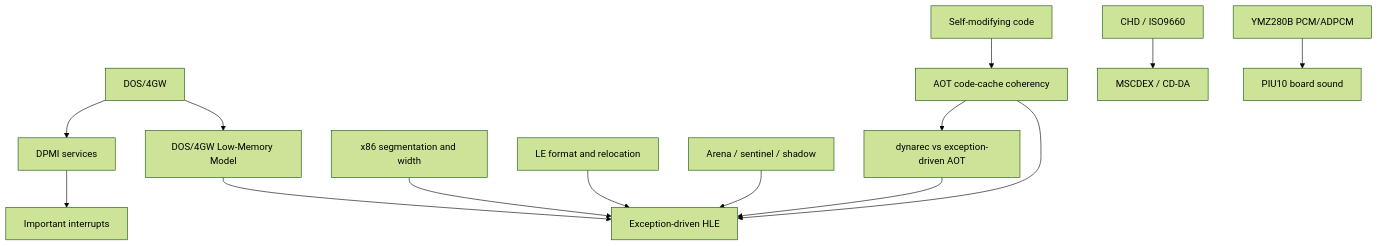
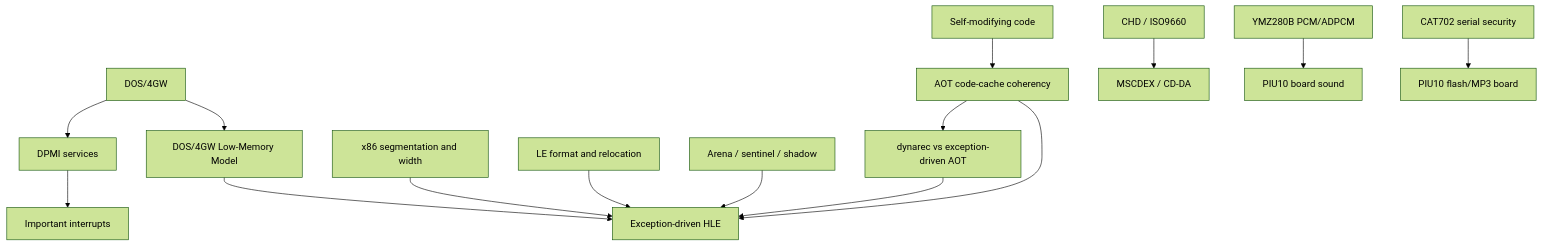
The diagram in docs/kb/README.md (nworkers/rePIU), drawn with Mermaid (forest theme) before and after one commit. The commit also changed other lines of this file and 38 other files, not shown here.

````diff
--- a/docs/kb/README.md
+++ b/docs/kb/README.md
@@ -7,16 +7,17 @@
 ```mermaid
 flowchart TD
     DOS["DOS/4GW"] --> DPMI["DPMI services"]
     DOS --> LOWMEM["DOS/4GW Low-Memory Model"]
     DPMI --> INT["Important interrupts"]
     CPU["x86 segmentation and width"] --> HLE["Exception-driven HLE"]
     LE["LE format and relocation"] --> HLE
     LOWMEM --> HLE
     TERMS["Arena / sentinel / shadow"] --> HLE
     SMC["Self-modifying code"] --> CACHE["AOT code-cache coherency"]
     CACHE --> DYNAREC["dynarec vs exception-driven AOT"]
     DYNAREC --> HLE
     CACHE --> HLE
     CHD["CHD / ISO9660"] --> MSCDEX["MSCDEX / CD-DA"]
     YMZ["YMZ280B PCM/ADPCM"] --> SOUND["PIU10 board sound"]
+    CAT["CAT702 serial security"] --> PIU10["PIU10 flash/MP3 board"]
 ```
````
